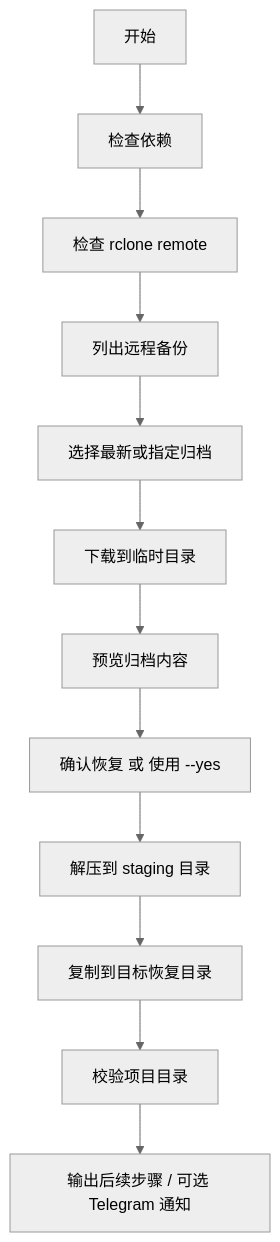
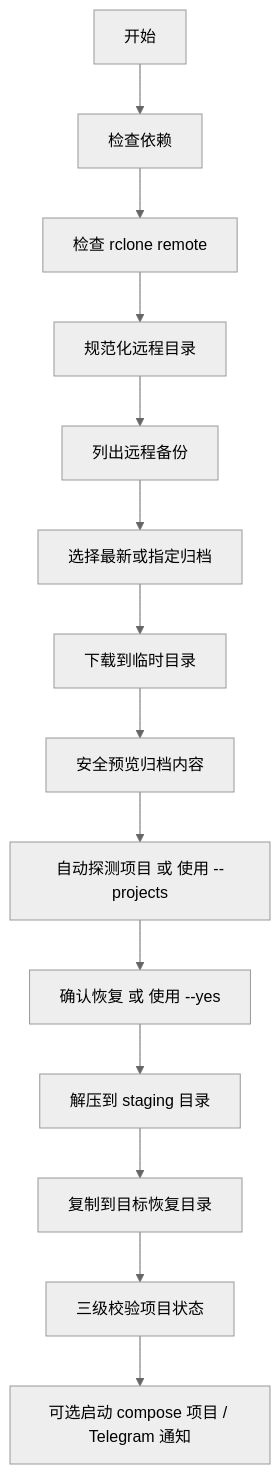
Before and after one commit to lbjxr/docker-restore-tool: the diagram in README.zh-CN.md, drawn with Mermaid (neutral theme). The commit also changed other lines of this file and 3 other files, not shown here.

````diff
--- a/README.zh-CN.md
+++ b/README.zh-CN.md
@@ -343,14 +372,16 @@
 ```mermaid
 flowchart TD
     A[开始] --> B[检查依赖]
     B --> C[检查 rclone remote]
-    C --> D[列出远程备份]
-    D --> E[选择最新或指定归档]
-    E --> F[下载到临时目录]
-    F --> G[预览归档内容]
-    G --> H[确认恢复 或 使用 --yes]
-    H --> I[解压到 staging 目录]
-    I --> J[复制到目标恢复目录]
-    J --> K[校验项目目录]
-    K --> L[输出后续步骤 / 可选 Telegram 通知]
+    C --> D[规范化远程目录]
+    D --> E[列出远程备份]
+    E --> F[选择最新或指定归档]
+    F --> G[下载到临时目录]
+    G --> H[安全预览归档内容]
+    H --> I[自动探测项目 或 使用 --projects]
+    I --> J[确认恢复 或 使用 --yes]
+    J --> K[解压到 staging 目录]
+    K --> L[复制到目标恢复目录]
+    L --> M[三级校验项目状态]
+    M --> N[可选启动 compose 项目 / Telegram 通知]
 ```
````
